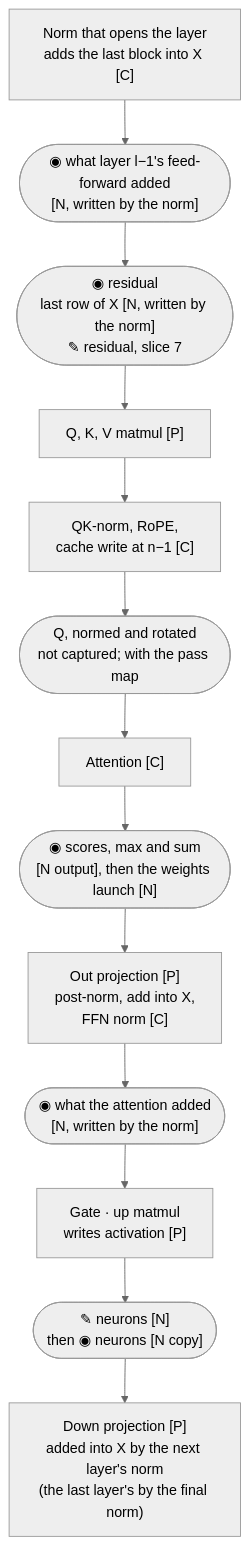
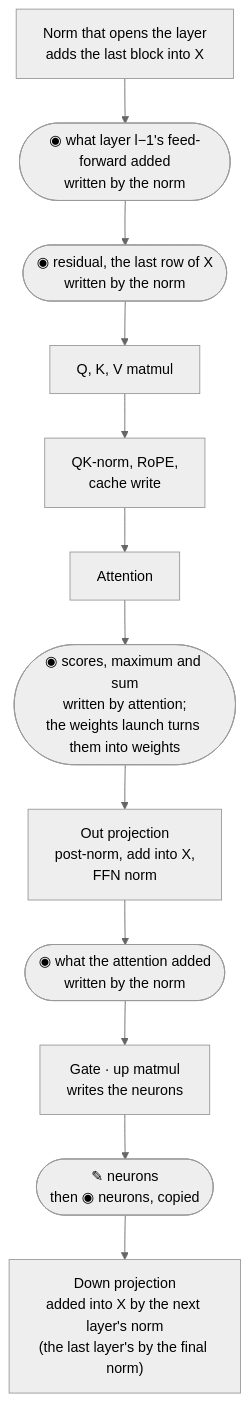
The fourth of 7 diagrams in docs/architecture/logical-overview.md (plainsight-systems/frizzle), drawn with Mermaid (neutral theme) before and after one commit. The commit also changed other lines of this file and 6 other files, not shown here.

First line of the commit message:
Architecture: the documents describe the system as it is

````diff
--- a/docs/architecture/logical-overview.md
+++ b/docs/architecture/logical-overview.md
@@ -83,17 +129,16 @@
 ```mermaid
 flowchart TD
-  N1["Norm that opens the layer<br/>adds the last block into X [C]"]
-  MA(["◉ what layer l−1's feed-forward added<br/>[N, written by the norm]"])
-  X(["◉ residual<br/>last row of X [N, written by the norm]<br/>✎ residual, slice 7"])
-  QKV["Q, K, V matmul [P]"]
-  R["QK-norm, RoPE,<br/>cache write at n−1 [C]"]
-  Q(["Q, normed and rotated<br/>not captured; with the pass map"])
-  A["Attention [C]"]
-  AW(["◉ scores, max and sum<br/>[N output], then the weights launch [N]"])
-  O["Out projection [P]<br/>post-norm, add into X,<br/>FFN norm [C]"]
-  AA(["◉ what the attention added<br/>[N, written by the norm]"])
-  GU["Gate · up matmul<br/>writes activation [P]"]
-  E(["✎ neurons [N]<br/>then ◉ neurons [N copy]"])
-  D["Down projection [P]<br/>added into X by the next layer's norm<br/>(the last layer's by the final norm)"]
-  N1 --> MA --> X --> QKV --> R --> Q --> A --> AW --> O --> AA --> GU --> E --> D
+  N1["Norm that opens the layer<br/>adds the last block into X"]
+  MA(["◉ what layer l−1's feed-forward added<br/>written by the norm"])
+  X(["◉ residual, the last row of X<br/>written by the norm"])
+  QKV["Q, K, V matmul"]
+  R["QK-norm, RoPE,<br/>cache write"]
+  A["Attention"]
+  AW(["◉ scores, maximum and sum<br/>written by attention;<br/>the weights launch turns them into weights"])
+  O["Out projection<br/>post-norm, add into X,<br/>FFN norm"]
+  AA(["◉ what the attention added<br/>written by the norm"])
+  GU["Gate · up matmul<br/>writes the neurons"]
+  E(["✎ neurons<br/>then ◉ neurons, copied"])
+  D["Down projection<br/>added into X by the next layer's norm<br/>(the last layer's by the final norm)"]
+  N1 --> MA --> X --> QKV --> R --> A --> AW --> O --> AA --> GU --> E --> D
 ```
````
